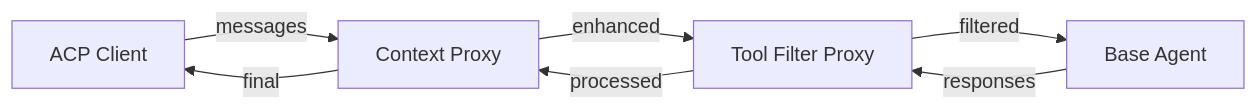
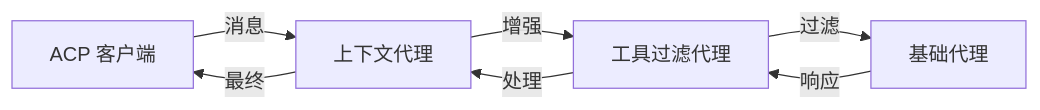
One commit to cxykevin/acp-docs-cn changed the first of 11 diagrams in rfds/proxy-chains.mdx. Above: the diagram before and after it, drawn with Mermaid. The commit also changed other lines of this file and 15 other files, not shown here.

````diff
--- a/rfds/proxy-chains.mdx
+++ b/rfds/proxy-chains.mdx
@@ -40,9 +40,9 @@
 ```mermaid
 flowchart LR
-    Client[ACP Client] -->|messages| P1[Context Proxy]
-    P1 -->|enhanced| P2[Tool Filter Proxy]
-    P2 -->|filtered| A[Base Agent]
-    A -->|responses| P2
-    P2 -->|processed| P1
-    P1 -->|final| Client
+    Client[ACP 客户端] -->|消息| P1[上下文代理]
+    P1 -->|增强| P2[工具过滤代理]
+    P2 -->|过滤| A[基础代理]
+    A -->|响应| P2
+    P2 -->|处理| P1
+    P1 -->|最终| Client
 ```
````
